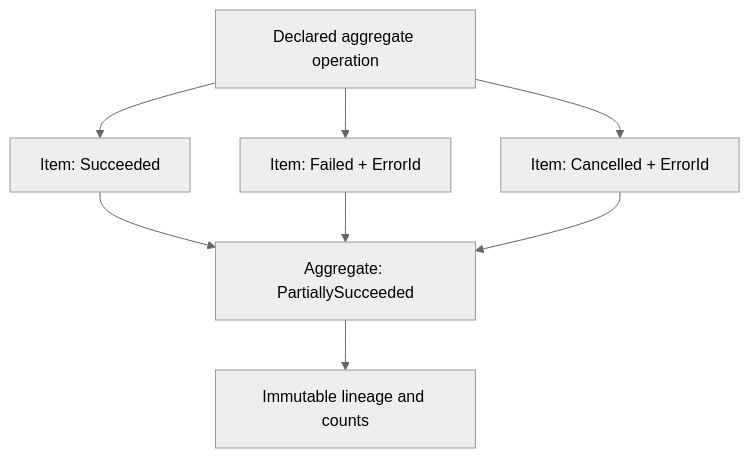
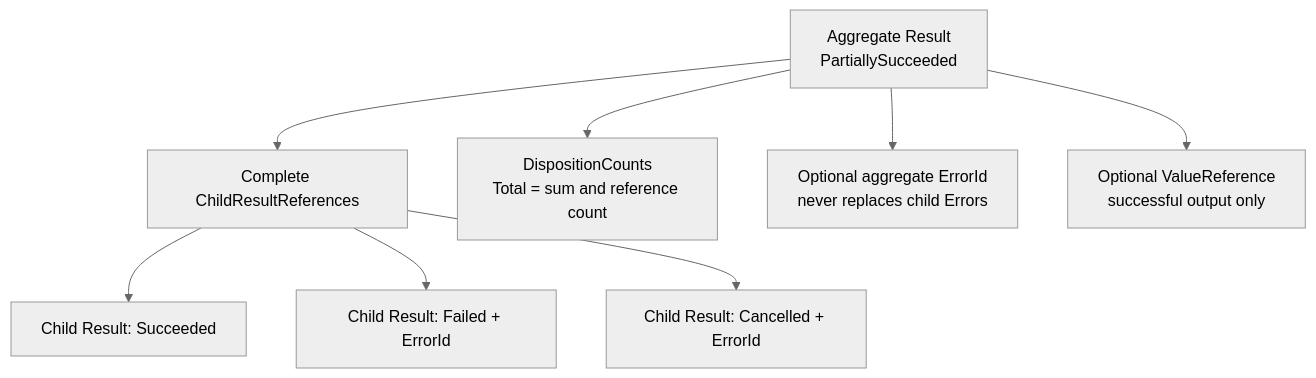
Before and after one commit to mayurbhavsar04/AIEOS: the seventh of 10 diagrams in docs/architecture/ErrorResultModel.md, drawn with Mermaid (neutral theme). The commit also changed other lines of this file and 1 other file, not shown here.

Commit message:
docs: clarify immutable results and partial outcomes

````diff
--- a/docs/architecture/ErrorResultModel.md
+++ b/docs/architecture/ErrorResultModel.md
@@ -190,10 +218,10 @@
 ```mermaid
 flowchart TB
-    AGG["Declared aggregate operation"] --> I1["Item: Succeeded"]
-    AGG --> I2["Item: Failed + ErrorId"]
-    AGG --> I3["Item: Cancelled + ErrorId"]
-    I1 --> SUMMARY["Aggregate: PartiallySucceeded"]
-    I2 --> SUMMARY
-    I3 --> SUMMARY
-    SUMMARY --> AUDIT["Immutable lineage and counts"]
+    AGG["Aggregate Result<br/>PartiallySucceeded"] --> REFS["Complete ChildResultReferences"]
+    REFS --> I1["Child Result: Succeeded"]
+    REFS --> I2["Child Result: Failed + ErrorId"]
+    REFS --> I3["Child Result: Cancelled + ErrorId"]
+    AGG --> COUNTS["DispositionCounts<br/>Total = sum and reference count"]
+    AGG --> TOPERR["Optional aggregate ErrorId<br/>never replaces child Errors"]
+    AGG --> VALUE["Optional ValueReference<br/>successful output only"]
 ```
````
